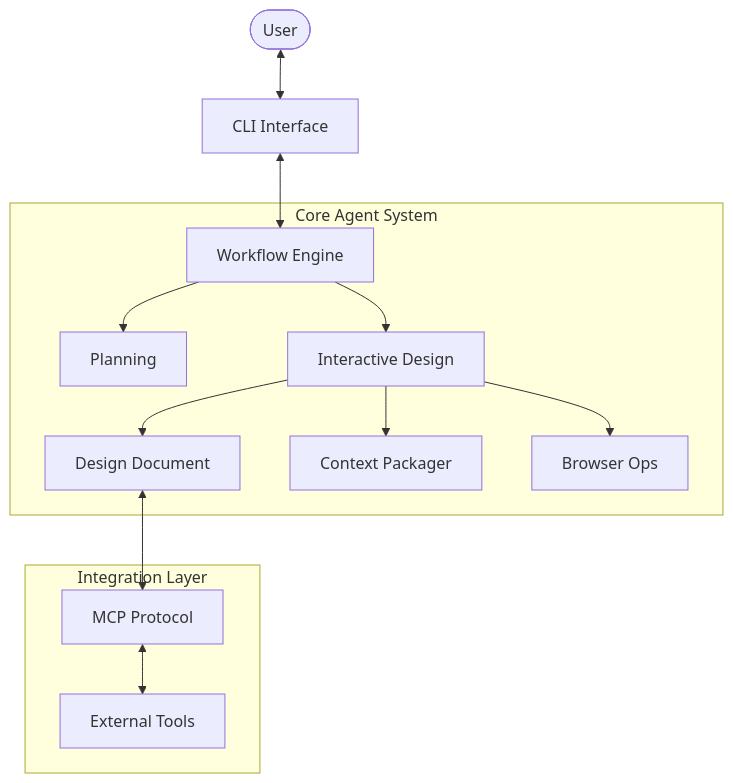
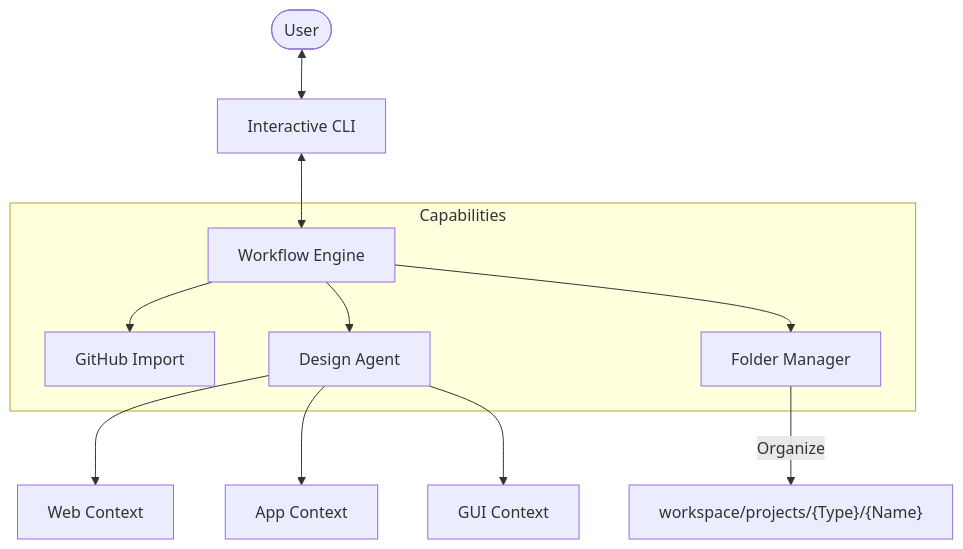
Before and after one commit to chip-cookie/CLI: the diagram in README.md, drawn with Mermaid. The commit also changed other lines of this file, not shown here.

````diff
--- a/README.md
+++ b/README.md
@@ -67,19 +80,17 @@
 ```mermaid
 graph TD
-    User([User]) <--> Interface[CLI Interface]
+    User([User]) <--> Interface[Interactive CLI]
     Interface <--> Flow[Workflow Engine]
     
-    subgraph "Core Agent System"
-        Flow --> Plan[Planning]
-        Flow --> Design[Interactive Design]
-        
-        Design --> Tool1[Design Document]
-        Design --> Tool2[Context Packager]
-        Design --> Tool3[Browser Ops]
+    subgraph "Capabilities"
+        Flow --> Import[GitHub Import]
+        Flow --> Design[Design Agent]
+        Flow --> Folder[Folder Manager]
     end
     
-    subgraph "Integration Layer"
-        Tool1 <--> MCP[MCP Protocol]
-        MCP <--> ExtTools[External Tools]
-    end
+    Design --> Web[Web Context]
+    Design --> App[App Context]
+    Design --> GUI[GUI Context]
+    
+    Folder --> |Organize| Projects["workspace/projects/{Type}/{Name}"]
 ```
````
